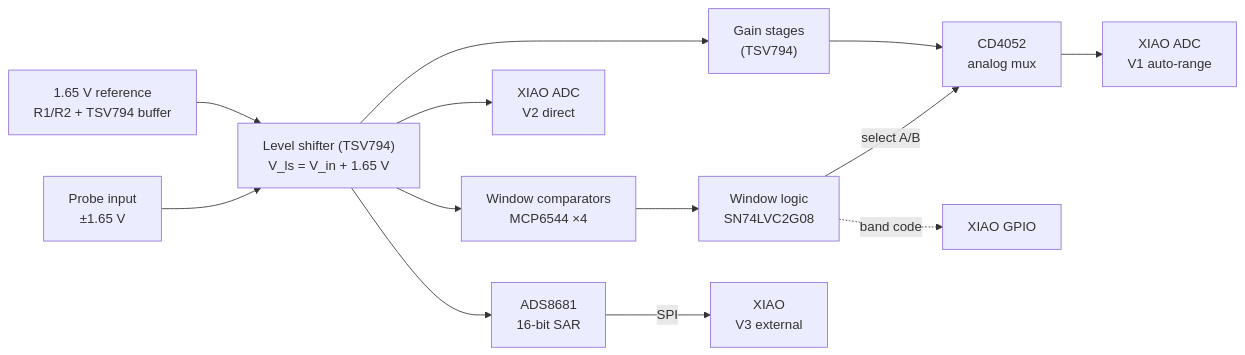
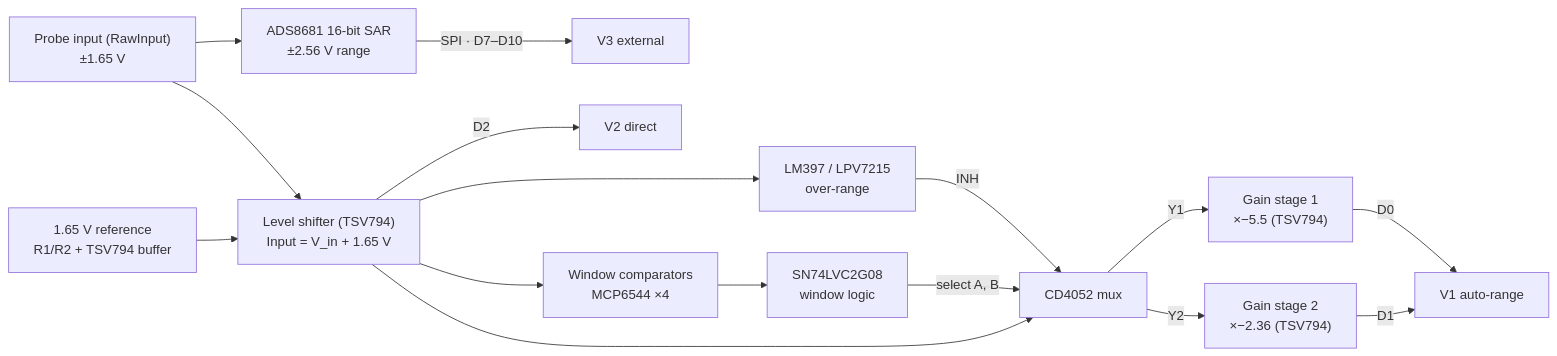
One commit to krishpatelkp2423-dot/Oscilloscope changed the diagram in README.md. Above: the diagram before and after it, drawn with Mermaid. The commit also changed other lines of this file, not shown here.

First line of the commit message:
Update README for the real schematic

````diff
--- a/README.md
+++ b/README.md
@@ -41,11 +42,13 @@
 ```mermaid
 flowchart LR
-    IN["Probe input<br/>±1.65 V"] --> LS["Level shifter (TSV794)<br/>V_ls = V_in + 1.65 V"]
+    IN["Probe input (RawInput)<br/>±1.65 V"] --> LS["Level shifter (TSV794)<br/>Input = V_in + 1.65 V"]
     REF["1.65 V reference<br/>R1/R2 + TSV794 buffer"] --> LS
-    LS --> WC["Window comparators<br/>MCP6544 ×4"] --> AND["Window logic<br/>SN74LVC2G08"]
-    AND -->|"select A/B"| MUX
-    LS --> G["Gain stages<br/>(TSV794)"] --> MUX["CD4052<br/>analog mux"] --> V1["XIAO ADC<br/>V1 auto-range"]
-    AND -.->|"band code"| GPIO["XIAO GPIO"]
-    LS --> V2["XIAO ADC<br/>V2 direct"]
-    LS --> ADS["ADS8681<br/>16-bit SAR"] -->|SPI| V3["XIAO<br/>V3 external"]
+    IN --> ADS["ADS8681 16-bit SAR<br/>±2.56 V range"] -->|"SPI · D7–D10"| V3["V3 external"]
+    LS -->|D2| V2["V2 direct"]
+    LS --> WC["Window comparators<br/>MCP6544 ×4"] --> AND["SN74LVC2G08<br/>window logic"]
+    LS --> OVR["LM397 / LPV7215<br/>over-range"] -->|INH| MUX
+    AND -->|"select A, B"| MUX["CD4052 mux"]
+    LS --> MUX
+    MUX -->|Y1| G1["Gain stage 1<br/>×−5.5 (TSV794)"] -->|D0| V1["V1 auto-range"]
+    MUX -->|Y2| G2["Gain stage 2<br/>×−2.36 (TSV794)"] -->|D1| V1
 ```
````
